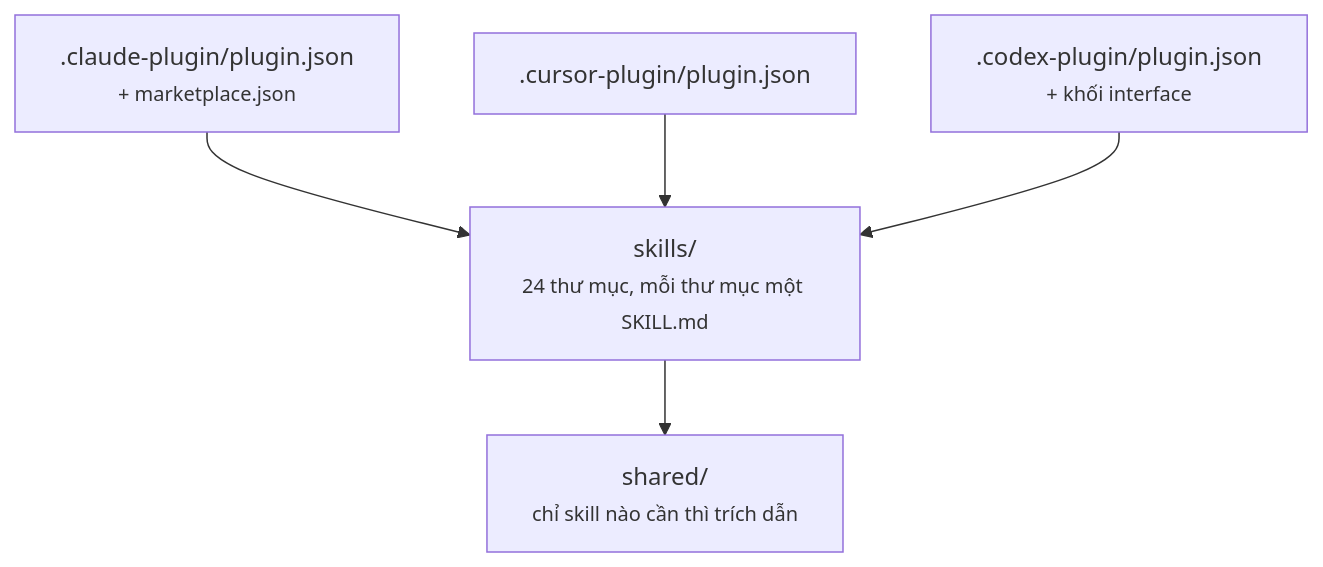
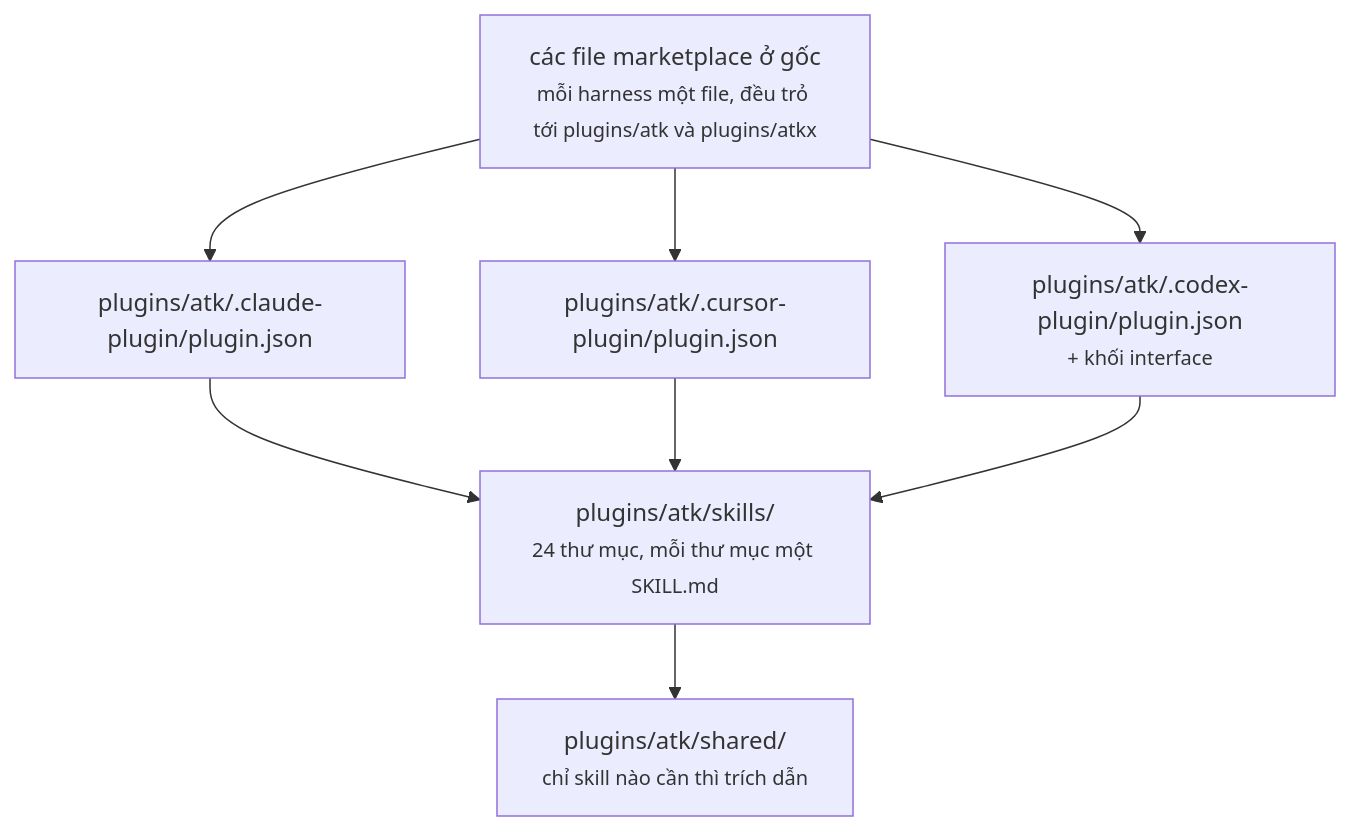
The first of 2 diagrams in docs/vi/system-architecture.md (lamngockhuong/aiteamkit), drawn with Mermaid before and after one commit. The commit also changed other lines of this file and 175 other files, not shown here.

First line of the commit message:
fix: move atk into plugins/atk/ and add an empty atkx beside it (#88)

````diff
--- a/docs/vi/system-architecture.md
+++ b/docs/vi/system-architecture.md
@@ -45,7 +61,10 @@
 ```mermaid
 flowchart TD
-    CP[".claude-plugin/plugin.json<br/><small>+ marketplace.json</small>"] --> SK["skills/<br/><small>24 thư mục, mỗi thư mục một SKILL.md</small>"]
-    UP[".cursor-plugin/plugin.json"] --> SK
-    XP[".codex-plugin/plugin.json<br/><small>+ khối interface</small>"] --> SK
-    SK --> SH["shared/<br/><small>chỉ skill nào cần thì trích dẫn</small>"]
+    MK["các file marketplace ở gốc<br/><small>mỗi harness một file, đều trỏ tới plugins/atk và plugins/atkx</small>"] --> CP
+    MK --> UP
+    MK --> XP
+    CP["plugins/atk/.claude-plugin/plugin.json"] --> SK["plugins/atk/skills/<br/><small>24 thư mục, mỗi thư mục một SKILL.md</small>"]
+    UP["plugins/atk/.cursor-plugin/plugin.json"] --> SK
+    XP["plugins/atk/.codex-plugin/plugin.json<br/><small>+ khối interface</small>"] --> SK
+    SK --> SH["plugins/atk/shared/<br/><small>chỉ skill nào cần thì trích dẫn</small>"]
 ```
````
